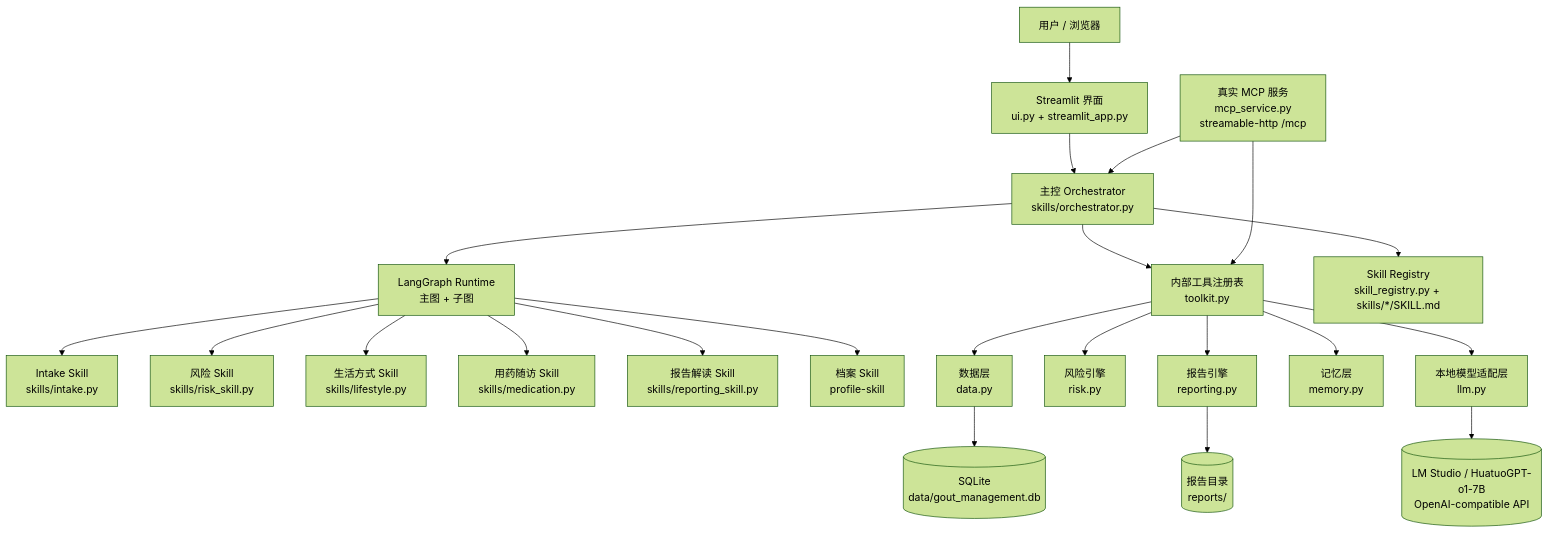
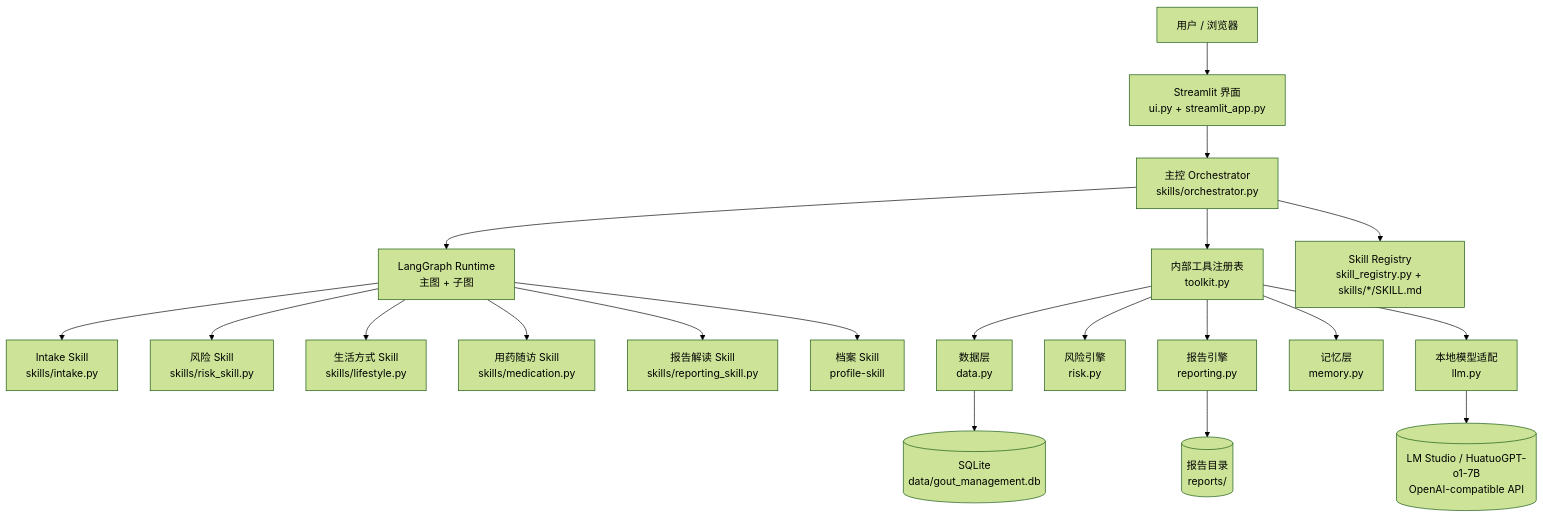
The first of 4 diagrams in ARCHITECTURE.md (DameBr1An/gout-care-agent), drawn with Mermaid (forest theme) before and after one commit. The commit also changed other lines of this file and 33 other files, not shown here.

````diff
--- a/ARCHITECTURE.md
+++ b/ARCHITECTURE.md
@@ -16,56 +15,51 @@
 ```mermaid
 flowchart TB
     U[用户 / 浏览器]
     S[Streamlit 界面\nui.py + streamlit_app.py]
 
     O[主控 Orchestrator\nskills/orchestrator.py]
     LG[LangGraph Runtime\n主图 + 子图]
 
     I[Intake Skill\nskills/intake.py]
     R[风险 Skill\nskills/risk_skill.py]
     L[生活方式 Skill\nskills/lifestyle.py]
     M[用药随访 Skill\nskills/medication.py]
     P[报告解读 Skill\nskills/reporting_skill.py]
     PF[档案 Skill\nprofile-skill]
 
     T[内部工具注册表\ntoolkit.py]
     SR[Skill Registry\nskill_registry.py + skills/*/SKILL.md]
 
-    MCP[真实 MCP 服务\nmcp_service.py\nstreamable-http /mcp]
-
     D[数据层\ndata.py]
     RK[风险引擎\nrisk.py]
     RP[报告引擎\nreporting.py]
     MEM[记忆层\nmemory.py]
-    LM[本地模型适配层\nllm.py]
+    LM[本地模型适配\nllm.py]
 
     DB[(SQLite\ndata/gout_management.db)]
     FS[(报告目录\nreports/)]
     LLM[(LM Studio / HuatuoGPT-o1-7B\nOpenAI-compatible API)]
 
     U --> S
     S --> O
     O --> LG
     O --> SR
     O --> T
 
     LG --> I
     LG --> R
     LG --> L
     LG --> M
     LG --> P
     LG --> PF
 
-    MCP --> T
-    MCP --> O
-
     T --> D
     T --> RK
     T --> RP
     T --> MEM
     T --> LM
 
     D --> DB
     RP --> FS
     LM --> LLM
 ```
````
